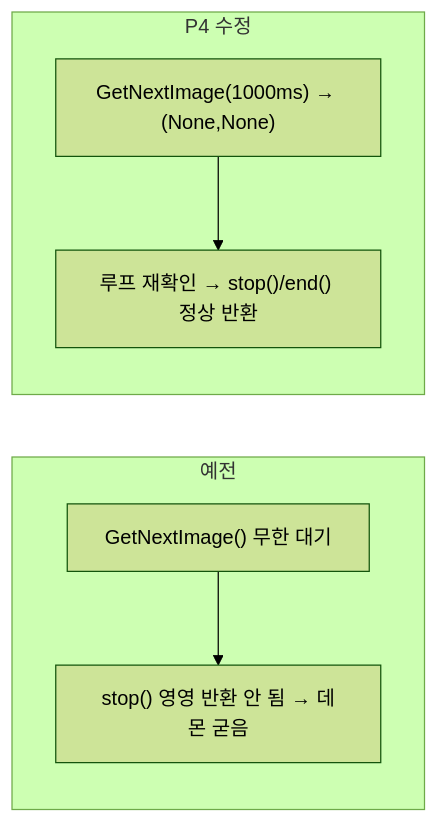
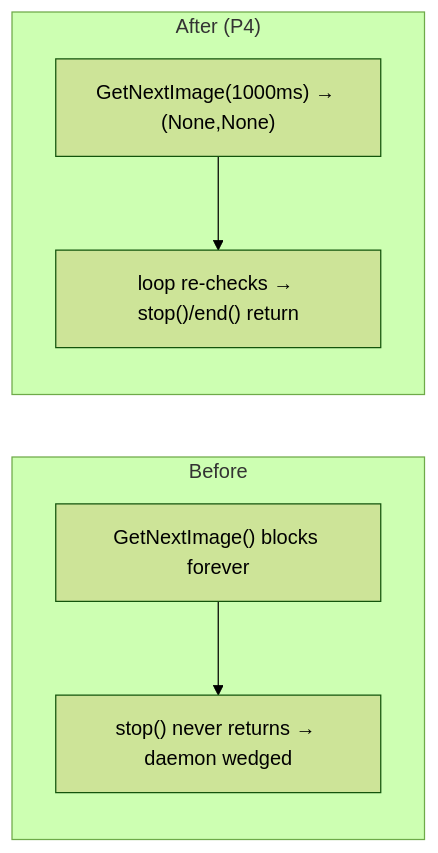
Before and after one commit to willi19/paradex: the seventh of 7 diagrams in docs/camera_system.md, drawn with Mermaid (forest theme). The commit also changed other lines of this file and 3 other files, not shown here.

````diff
--- a/docs/camera_system.md
+++ b/docs/camera_system.md
@@ -250,9 +256,9 @@
 ```{mermaid}
 flowchart LR
-    subgraph Before["예전"]
-      B1["GetNextImage() 무한 대기"] --> B2["stop() 영영 반환 안 됨 → 데몬 굳음"]
+    subgraph Before["Before"]
+      B1["GetNextImage() blocks forever"] --> B2["stop() never returns → daemon wedged"]
     end
-    subgraph After["P4 수정"]
-      A1["GetNextImage(1000ms) → (None,None)"] --> A2["루프 재확인 → stop()/end() 정상 반환"]
+    subgraph After["After (P4)"]
+      A1["GetNextImage(1000ms) → (None,None)"] --> A2["loop re-checks → stop()/end() return"]
     end
 ```
````
